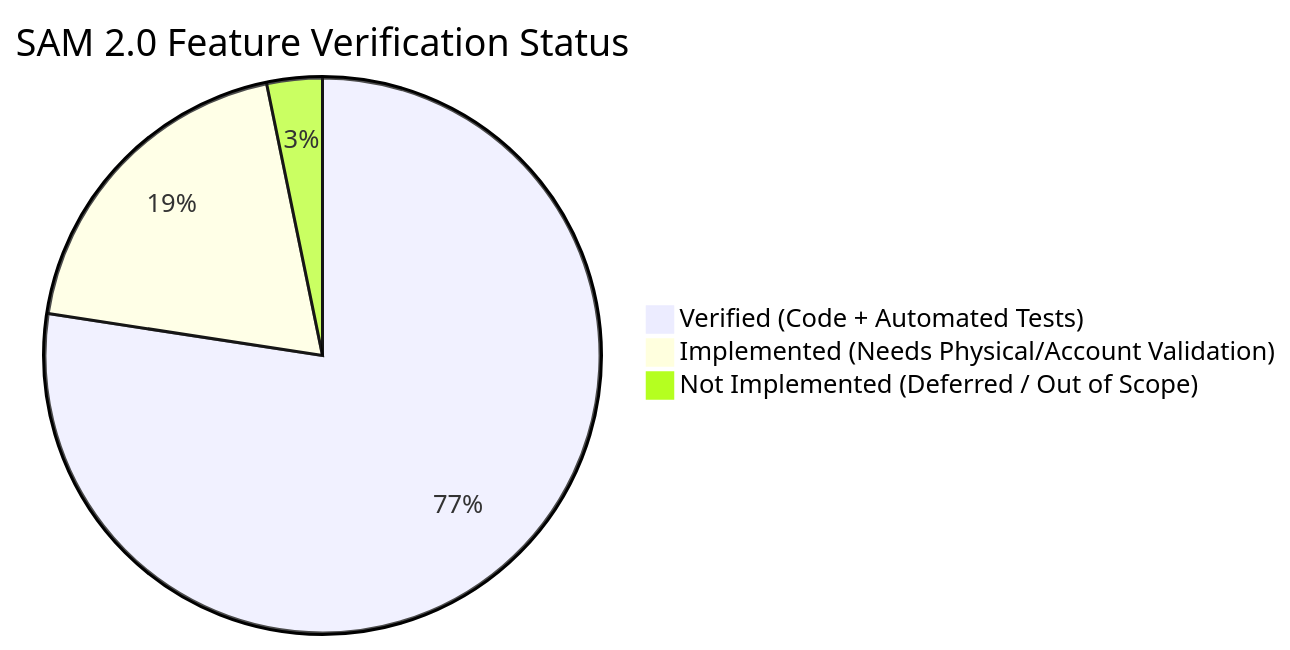
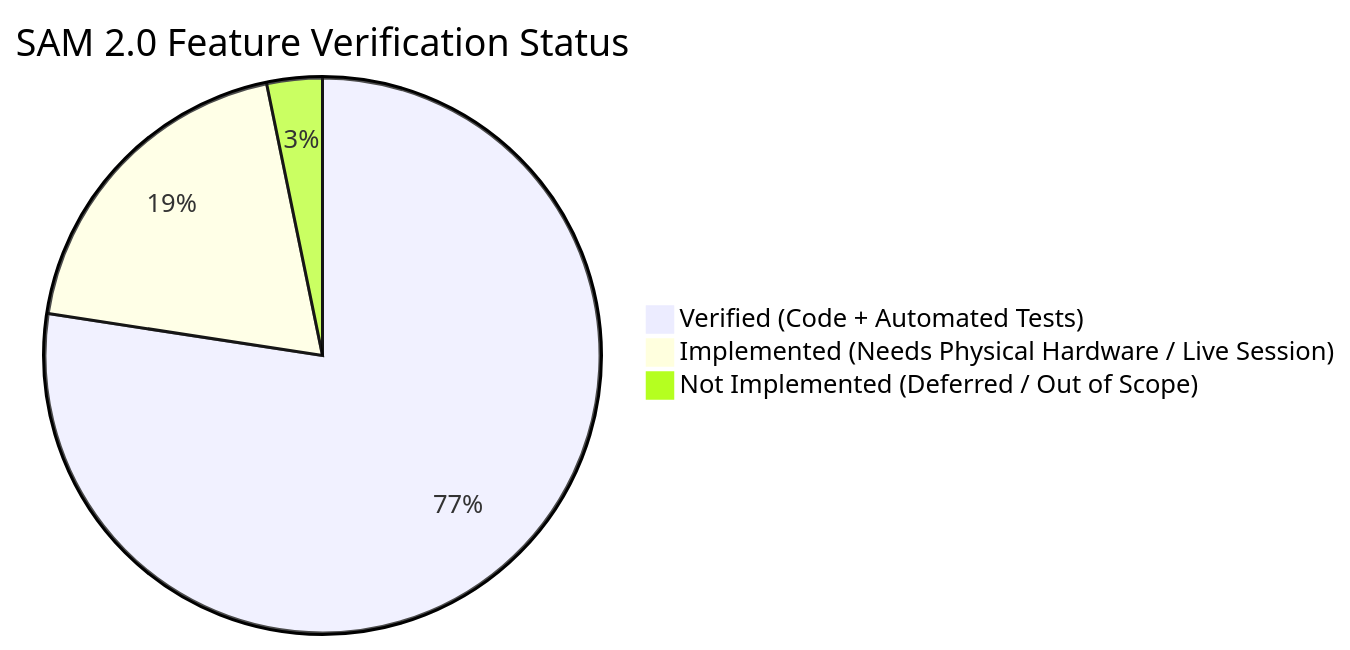
One commit to dhanushsurada/SAM changed the diagram in docs/FEATURE_ACCEPTANCE_CHECKLIST.md. Above: the diagram before and after it, drawn with Mermaid. The commit also changed other lines of this file and 4 other files, not shown here.

````diff
--- a/docs/FEATURE_ACCEPTANCE_CHECKLIST.md
+++ b/docs/FEATURE_ACCEPTANCE_CHECKLIST.md
@@ -107,6 +106,6 @@
 ```mermaid
 pie title SAM 2.0 Feature Verification Status
     "Verified (Code + Automated Tests)" : 24
-    "Implemented (Needs Physical/Account Validation)" : 6
+    "Implemented (Needs Physical Hardware / Live Session)" : 6
     "Not Implemented (Deferred / Out of Scope)" : 1
 ```
````
